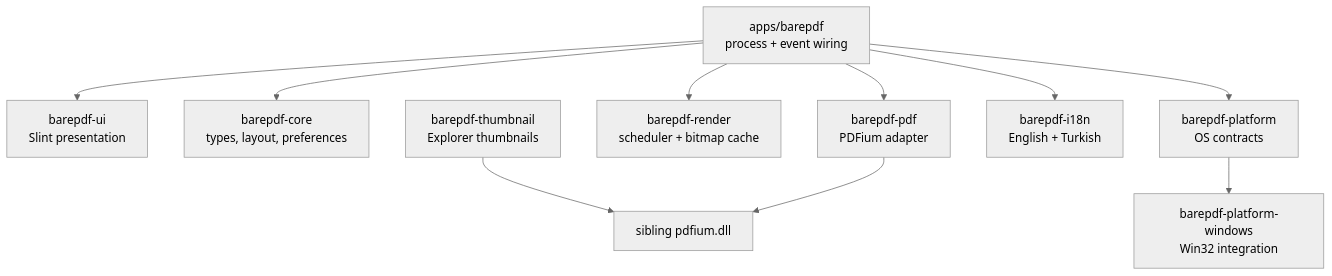
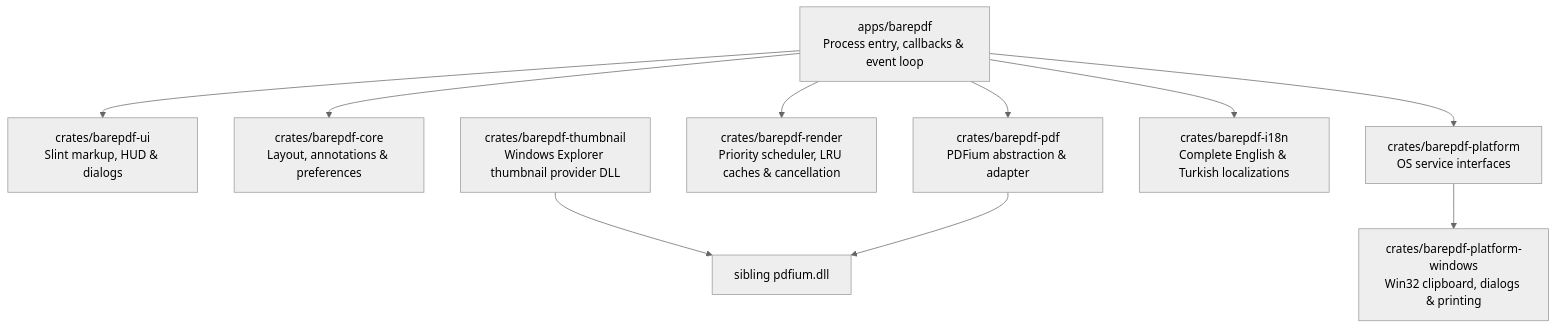
The diagram in README.md (Woffluon/BarePDF), drawn with Mermaid (neutral theme) before and after one commit. The commit also changed other lines of this file and 59 other files, not shown here.

````diff
--- a/README.md
+++ b/README.md
@@ -226,12 +181,12 @@
 ```mermaid
 flowchart TD
-    APP["apps/barepdf<br/>process + event wiring"] --> UI["barepdf-ui<br/>Slint presentation"]
-    APP --> CORE["barepdf-core<br/>types, layout, preferences"]
-    APP --> PDF["barepdf-pdf<br/>PDFium adapter"]
-    APP --> RENDER["barepdf-render<br/>scheduler + bitmap cache"]
-    APP --> PLATFORM["barepdf-platform<br/>OS contracts"]
-    PLATFORM --> WIN["barepdf-platform-windows<br/>Win32 integration"]
-    APP --> I18N["barepdf-i18n<br/>English + Turkish"]
-    THUMB["barepdf-thumbnail<br/>Explorer thumbnails"] --> PDFIUM["sibling pdfium.dll"]
+    APP["apps/barepdf<br/>Process entry, callbacks & event loop"] --> UI["crates/barepdf-ui<br/>Slint markup, HUD & dialogs"]
+    APP --> CORE["crates/barepdf-core<br/>Layout, annotations & preferences"]
+    APP --> PDF["crates/barepdf-pdf<br/>PDFium abstraction & adapter"]
+    APP --> RENDER["crates/barepdf-render<br/>Priority scheduler, LRU caches & cancellation"]
+    APP --> PLATFORM["crates/barepdf-platform<br/>OS service interfaces"]
+    PLATFORM --> WIN["crates/barepdf-platform-windows<br/>Win32 clipboard, dialogs & printing"]
+    APP --> I18N["crates/barepdf-i18n<br/>Complete English & Turkish localizations"]
+    THUMB["crates/barepdf-thumbnail<br/>Windows Explorer thumbnail provider DLL"] --> PDFIUM["sibling pdfium.dll"]
     PDF --> PDFIUM
 ```
````
